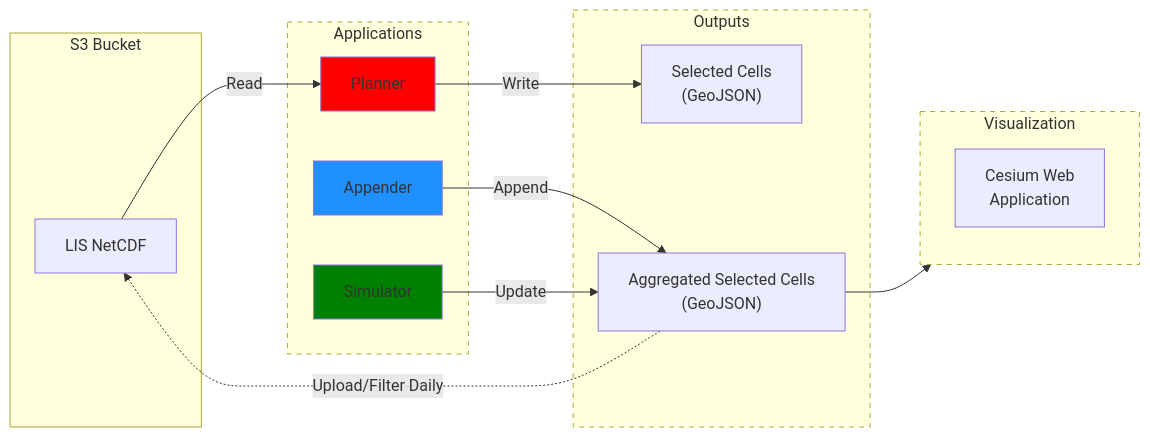
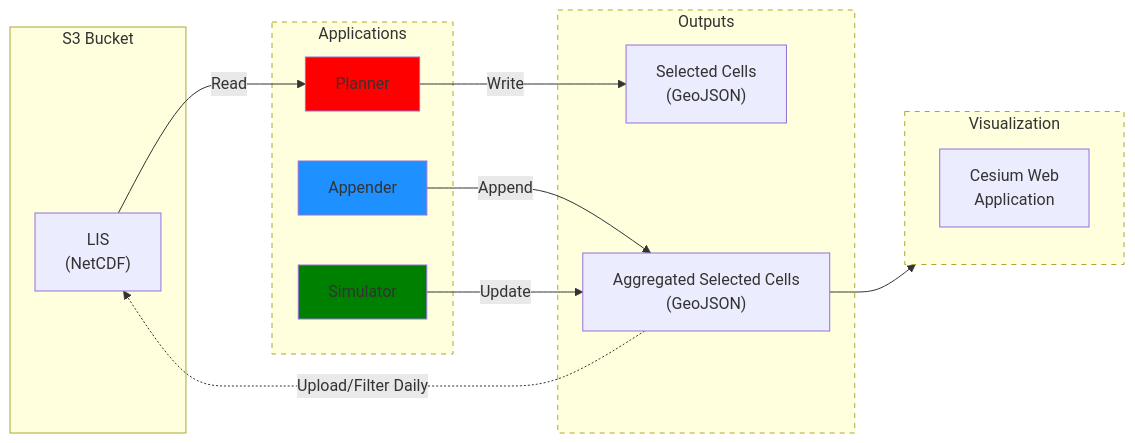
The diagram in README.md (code-lab-org/sos), drawn with Mermaid before and after one commit. The commit also changed other lines of this file, not shown here.

````diff
--- a/README.md
+++ b/README.md
@@ -55,38 +55,38 @@
 ```mermaid
   graph LR
       subgraph cluster0["S3 Bucket"]
-          lis["LIS NetCDF"]
+          lis["LIS<br/>(NetCDF)"]
       end
 
       subgraph cluster1["Applications"]
           style cluster1 stroke-dasharray: 5 5
           planner["Planner"]
           style planner fill:red
           appender["Appender"]
           style appender fill:dodgerblue
           simulator["Simulator"]
           style simulator fill:green
       end
 
       subgraph cluster2["Outputs"]
           style cluster2 stroke-dasharray: 5 5
           sc_geojson["Selected Cells<br/>(GeoJSON)"]
           ag_geojson["Aggregated Selected Cells<br/>(GeoJSON)"]
       end
 
       subgraph cluster3["Visualization"]
           style cluster3 stroke-dasharray: 5 5
           cesium["Cesium Web<br/>Application"]
       end
 
       lis -->|Read| planner
       lis ~~~ appender
       lis ~~~ simulator
       planner -->|Write| sc_geojson
       appender -->|Append| ag_geojson
       simulator -->|Update| ag_geojson
 
       sc_geojson~~~cluster3
       ag_geojson --> cluster3
       ag_geojson -.->|Upload/Filter Daily| lis
 ```
````
